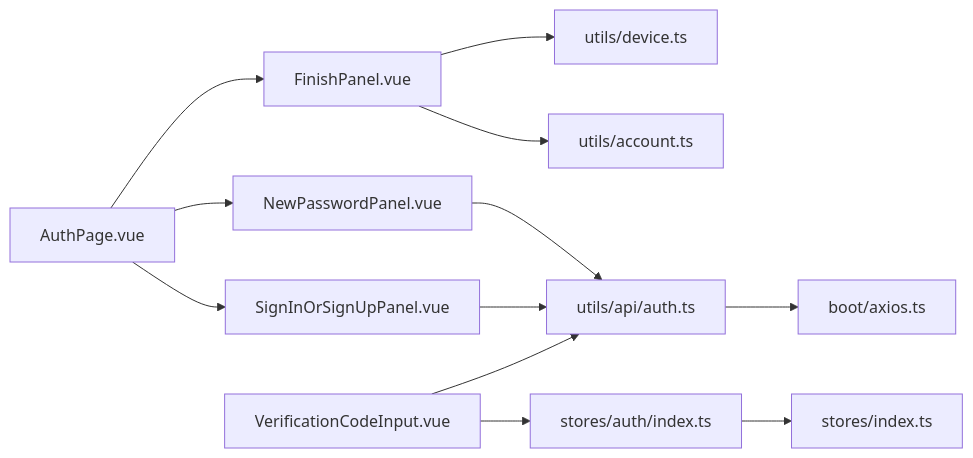
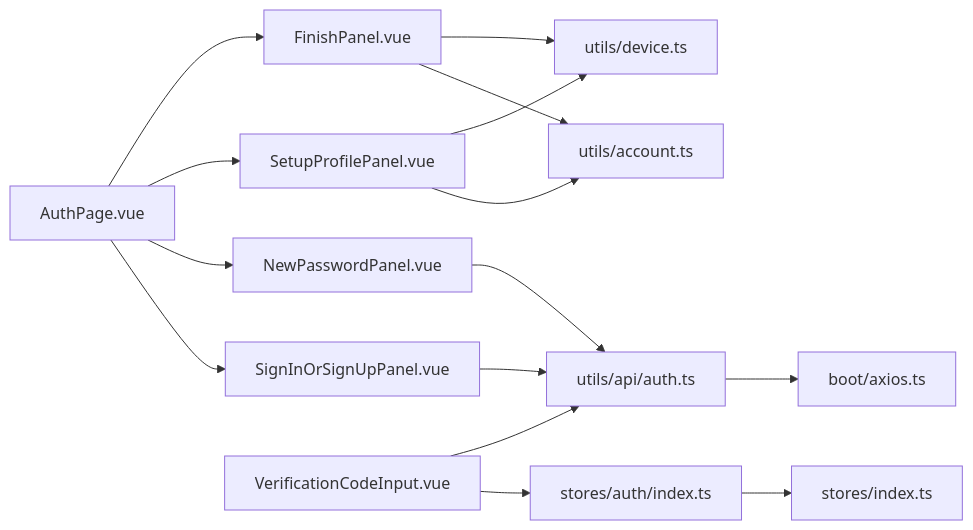
Before and after one commit to le-bot-team/le-bot-frontend: the tenth of 10 diagrams in .qoder/repowiki/zh/content/核心功能模块/用户认证系统.md, drawn with Mermaid. The commit also changed other lines of this file and 217 other files, not shown here.

````diff
--- a/.qoder/repowiki/zh/content/核心功能模块/用户认证系统.md
+++ b/.qoder/repowiki/zh/content/核心功能模块/用户认证系统.md
@@ -434,14 +530,17 @@
 ```mermaid
 graph LR
 AuthPage["AuthPage.vue"] --> SignIn["SignInOrSignUpPanel.vue"]
 AuthPage --> NewPwd["NewPasswordPanel.vue"]
+AuthPage --> Setup["SetupProfilePanel.vue"]
 AuthPage --> Finish["FinishPanel.vue"]
 Verify["VerificationCodeInput.vue"] --> AuthStore["stores/auth/index.ts"]
 SignIn --> Api["utils/api/auth.ts"]
 Verify --> Api
 NewPwd --> Api
-Finish --> Account["utils/account.ts"]
-Finish --> Device["utils/device.ts"]
+Setup --> Account["utils/account.ts"]
+Setup --> Device["utils/device.ts"]
+Finish --> Account
+Finish --> Device
 Api --> Axios["boot/axios.ts"]
 AuthStore --> Pinia["stores/index.ts"]
 ```
````
